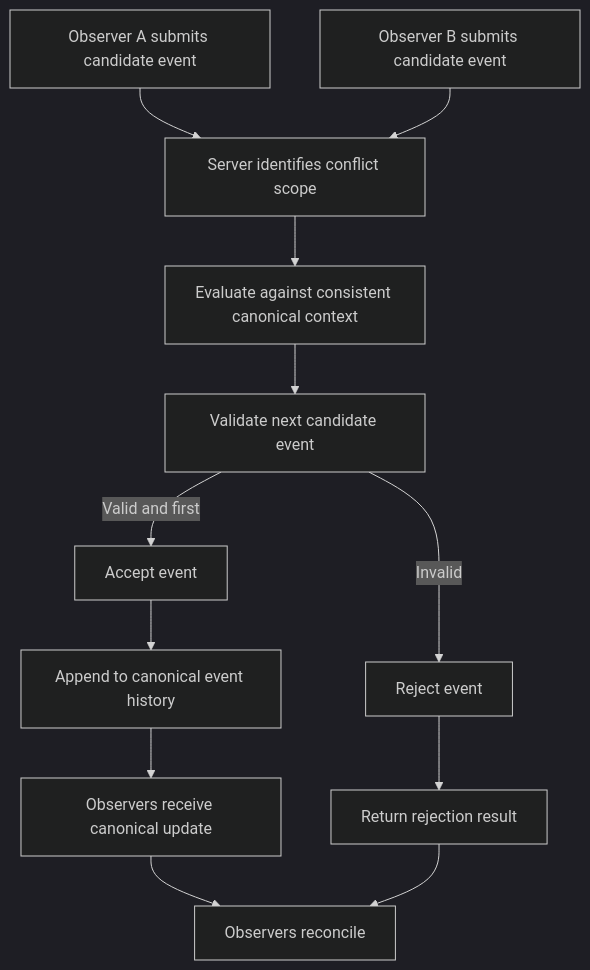
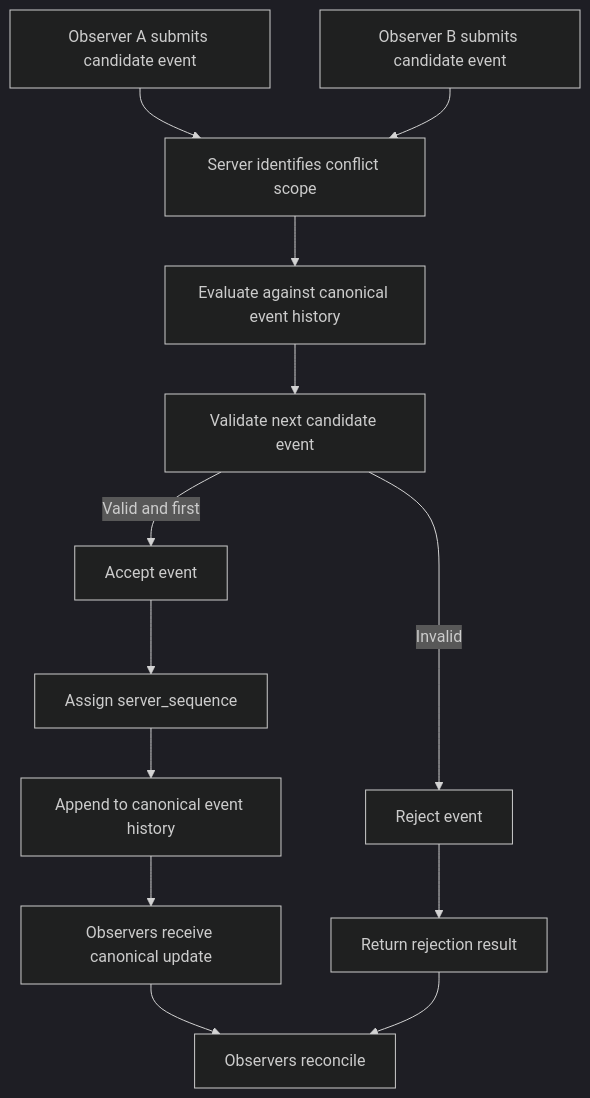
One commit to godofthunder101/crypsa-architecture changed the diagram in diagrams/CrypSA_Conflict_Resolution.md. Above: the diagram before and after it, drawn with Mermaid (dark theme). The commit also changed other lines of this file, not shown here.

`````diff
--- a/diagrams/CrypSA_Conflict_Resolution.md
+++ b/diagrams/CrypSA_Conflict_Resolution.md
@@ -22,21 +22,22 @@
 ```mermaid
 flowchart TD
 
 A[Observer A submits candidate event] --> C[Server identifies conflict scope]
 B[Observer B submits candidate event] --> C
 
-C --> D[Evaluate against consistent canonical context]
+C --> D[Evaluate against canonical event history]
 
 D --> E[Validate next candidate event]
 
 E -->|Valid and first| G[Accept event]
 E -->|Invalid| R1[Reject event]
 
-G --> I[Append to canonical event history]
+G --> H[Assign server_sequence]
+H --> I[Append to canonical event history]
 I --> J[Observers receive canonical update]
 
 J --> K[Observers reconcile]
 
 R1 --> L[Return rejection result]
 L --> K
-```
+````
`````
